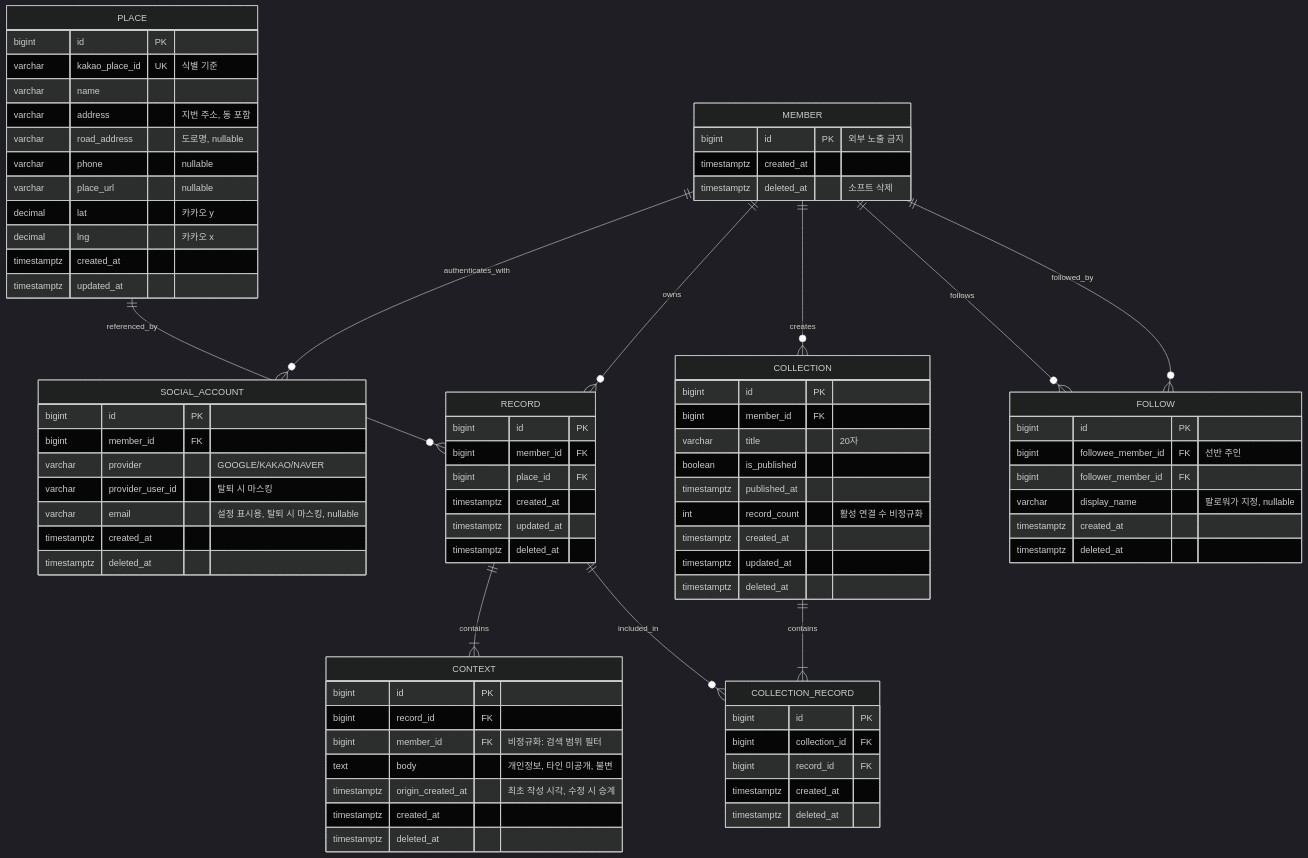
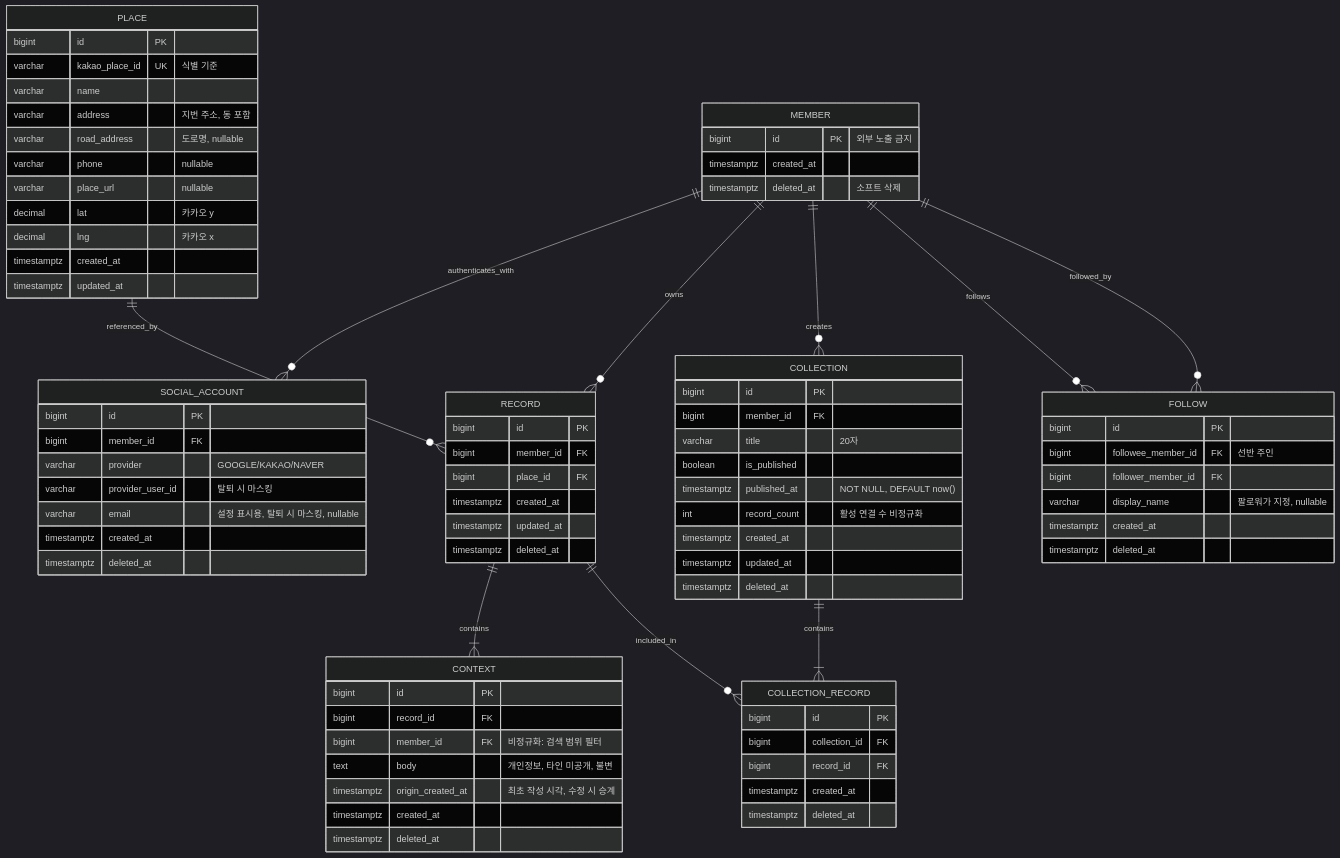
Before and after one commit to Team-PinLog/docs: the first of 2 diagrams in static/07_ERD.md, drawn with Mermaid (dark theme). The commit also changed 1 other file, not shown here.

Commit message:
docs(S15P11A705-125): Collection published_at NOT NULL 불변식을 정본에 반영한다
back#75가 V4 마이그레이션으로 `collection.published_at`을 백필 후
`DEFAULT now()` · `NOT NULL`로 고정했다. 정본 문서는 여전히
`TIMESTAMPTZ NULL`이라 구현과 어긋난 상태였다.

- 06 §2.6 스키마 표: `published_at TIMESTAMPTZ NOT NULL DEFAULT now()`
- 06 §2.6 규칙: 생성 즉시 발행이므로 NULL 불허, 기존 NULL은 created_at 백필
- 06 §4.1 DB 보장 표: "Collection 발행 시각 누락 금지" 행 추가
- 07 ERD: COLLECTION.published_at 제약 표기

```diff
--- a/static/07_ERD.md
+++ b/static/07_ERD.md
@@ -72,7 +72,7 @@
         bigint member_id FK
         varchar title "20자"
         boolean is_published
-        timestamptz published_at
+        timestamptz published_at "NOT NULL, DEFAULT now()"
         int record_count "활성 연결 수 비정규화"
         timestamptz created_at
         timestamptz updated_at
```
